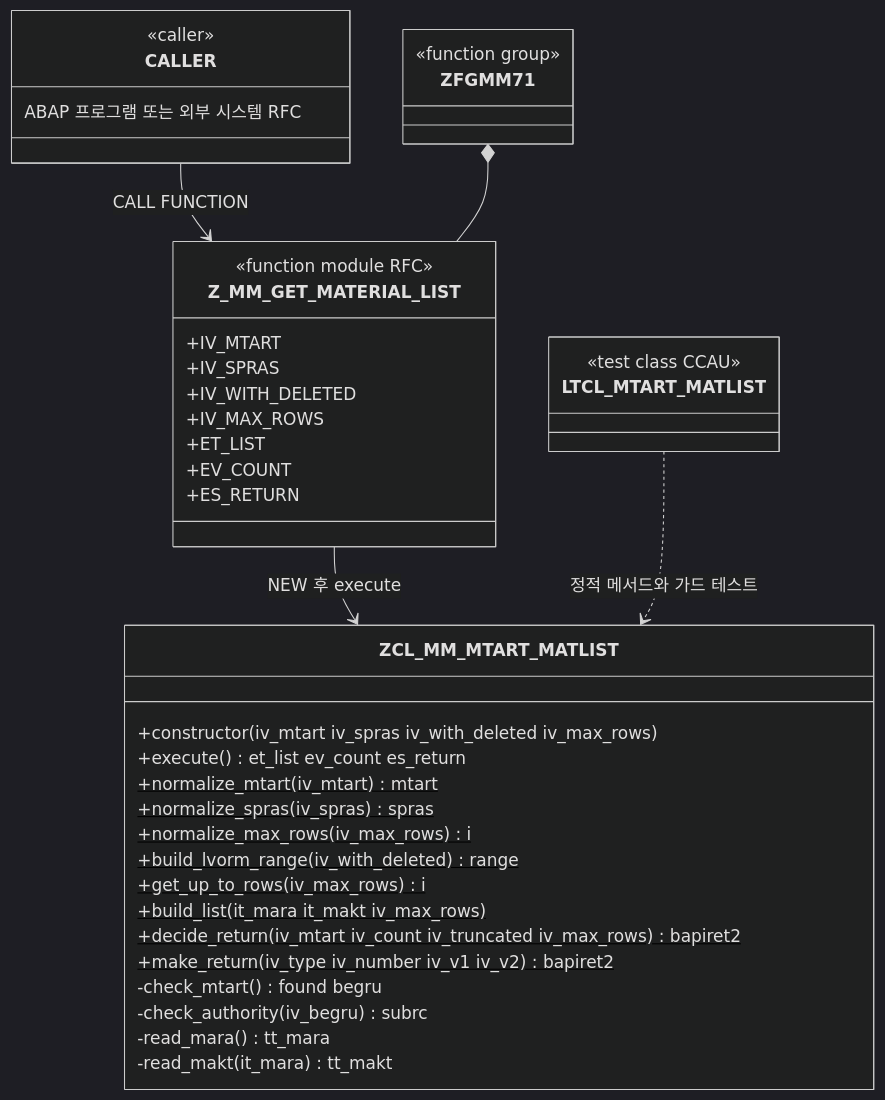
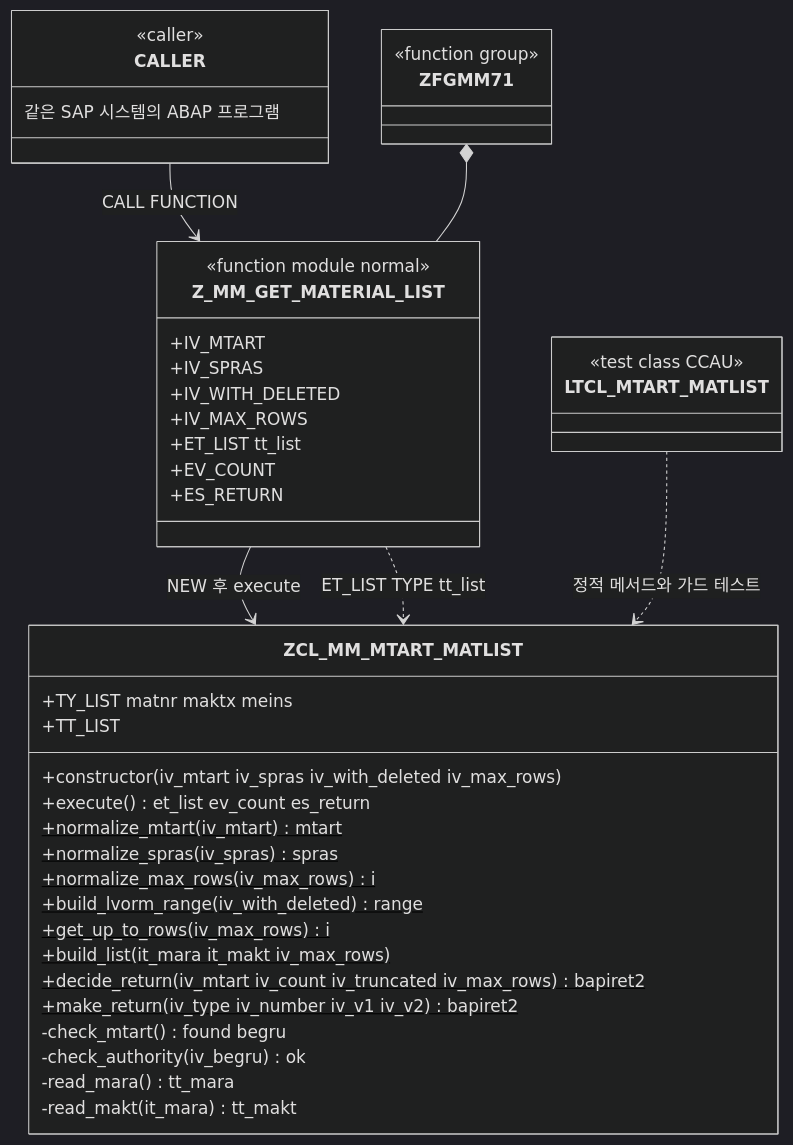
One commit to sunguphong/devsap changed the first of 3 diagrams in work/20261119-f26e72/02_design.md. Above: the diagram before and after it, drawn with Mermaid (dark theme). The commit also changed other lines of this file and 12 other files, not shown here.

First line of the commit message:
접속 시스템 SAP_BASIS 버전 표시, 설계 단계 릴리스 안내

````diff
--- a/work/20261119-f26e72/02_design.md
+++ b/work/20261119-f26e72/02_design.md
@@ -82,43 +113,46 @@
 ```mermaid
 classDiagram
   class CALLER {
     <<caller>>
-    ABAP 프로그램 또는 외부 시스템 RFC
+    같은 SAP 시스템의 ABAP 프로그램
   }
   class ZFGMM71 {
     <<function group>>
   }
   class Z_MM_GET_MATERIAL_LIST {
-    <<function module RFC>>
+    <<function module normal>>
     +IV_MTART
     +IV_SPRAS
     +IV_WITH_DELETED
     +IV_MAX_ROWS
-    +ET_LIST
+    +ET_LIST tt_list
     +EV_COUNT
     +ES_RETURN
   }
   class ZCL_MM_MTART_MATLIST {
+    +TY_LIST matnr maktx meins
+    +TT_LIST
     +constructor(iv_mtart iv_spras iv_with_deleted iv_max_rows)
     +execute() et_list ev_count es_return
     +normalize_mtart(iv_mtart)$ mtart
     +normalize_spras(iv_spras)$ spras
     +normalize_max_rows(iv_max_rows)$ i
     +build_lvorm_range(iv_with_deleted)$ range
     +get_up_to_rows(iv_max_rows)$ i
     +build_list(it_mara it_makt iv_max_rows)$
     +decide_return(iv_mtart iv_count iv_truncated iv_max_rows)$ bapiret2
     +make_return(iv_type iv_number iv_v1 iv_v2)$ bapiret2
     -check_mtart() found begru
-    -check_authority(iv_begru) subrc
+    -check_authority(iv_begru) ok
     -read_mara() tt_mara
     -read_makt(it_mara) tt_makt
   }
   class LTCL_MTART_MATLIST {
     <<test class CCAU>>
   }
   CALLER --> Z_MM_GET_MATERIAL_LIST : CALL FUNCTION
   ZFGMM71 *-- Z_MM_GET_MATERIAL_LIST
   Z_MM_GET_MATERIAL_LIST --> ZCL_MM_MTART_MATLIST : NEW 후 execute
+  Z_MM_GET_MATERIAL_LIST ..> ZCL_MM_MTART_MATLIST : ET_LIST TYPE tt_list
   LTCL_MTART_MATLIST ..> ZCL_MM_MTART_MATLIST : 정적 메서드와 가드 테스트
 ```
````
